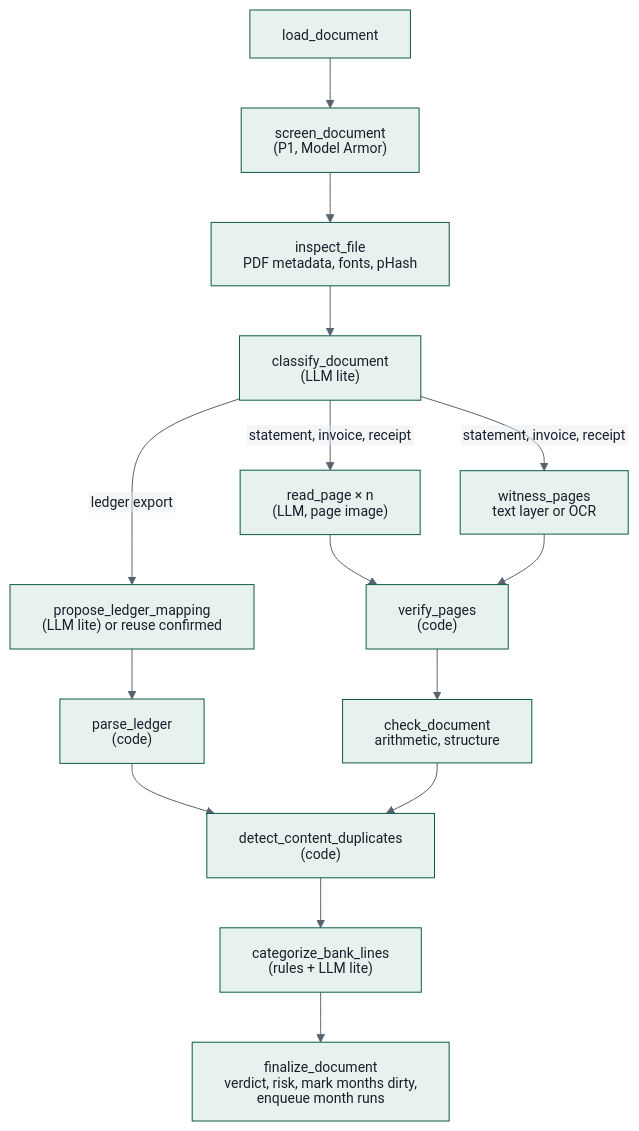
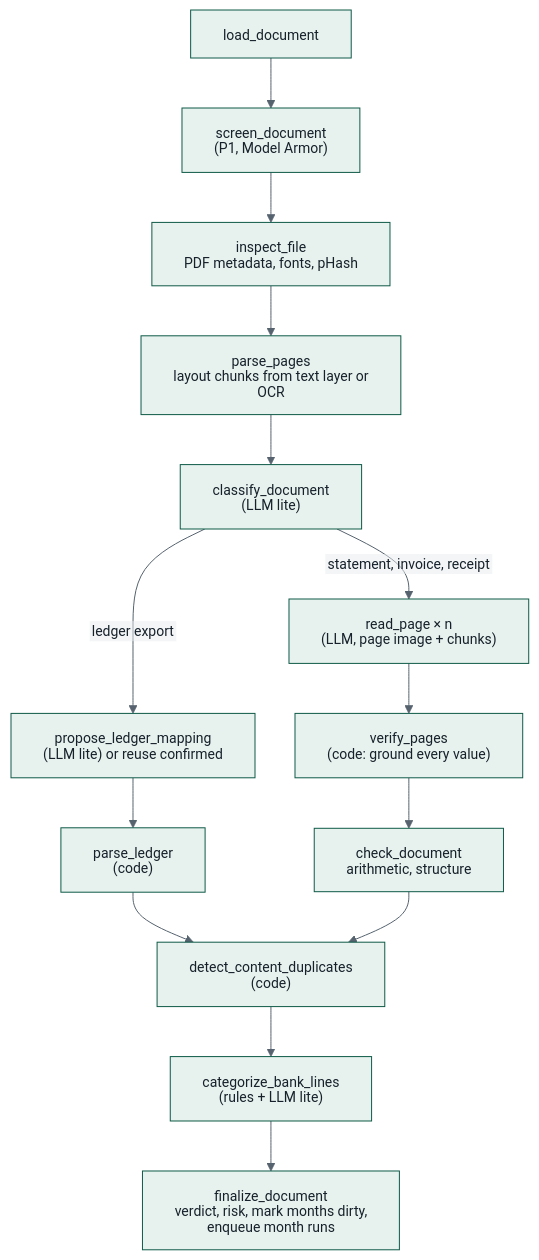
Before and after one commit to fadlytanjung/kredibel: the diagram in docs/06-agent-design.md, drawn with Mermaid. The commit also changed other lines of this file and 33 other files, not shown here.

First line of the commit message:
feat(005): read statements end to end: parse, classify, extract, ground, bank lines

````diff
--- a/docs/06-agent-design.md
+++ b/docs/06-agent-design.md
@@ -26,18 +26,17 @@
 ```mermaid
 %%{init: {"theme": "base", "themeVariables": {"fontFamily": "Arial, Helvetica, sans-serif", "fontSize": "14px", "primaryColor": "#E7F2EE", "primaryBorderColor": "#0E5A47", "primaryTextColor": "#16212B", "lineColor": "#56636F", "secondaryColor": "#E8ECEE", "tertiaryColor": "#FFFFFF", "clusterBkg": "#F2F4F5", "clusterBorder": "#B9C2CA", "noteBkgColor": "#FFF5D6", "noteTextColor": "#16212B"}, "htmlLabels": false, "flowchart": {"htmlLabels": false, "padding": 16, "nodeSpacing": 40, "rankSpacing": 50, "wrappingWidth": 220}, "sequence": {"wrap": true, "useMaxWidth": true, "noteFontFamily": "Arial, Helvetica, sans-serif", "messageFontFamily": "Arial, Helvetica, sans-serif", "actorFontFamily": "Arial, Helvetica, sans-serif"}}}%%
 flowchart TB
     S["load_document"] --> SC["screen_document<br/>(P1, Model Armor)"]
     SC --> IN["inspect_file<br/>PDF metadata, fonts, pHash"]
-    IN --> CL["classify_document<br/>(LLM lite)"]
+    IN --> PP["parse_pages<br/>layout chunks from text layer or OCR"]
+    PP --> CL["classify_document<br/>(LLM lite)"]
     CL -->|"ledger export"| LM["propose_ledger_mapping<br/>(LLM lite) or reuse confirmed"]
     LM --> LP["parse_ledger<br/>(code)"]
-    CL -->|"statement, invoice, receipt"| RP["read_page × n<br/>(LLM, page image)"]
-    CL -->|"statement, invoice, receipt"| WP["witness_pages<br/>text layer or OCR"]
-    RP --> VP["verify_pages<br/>(code)"]
-    WP --> VP
+    CL -->|"statement, invoice, receipt"| RP["read_page × n<br/>(LLM, page image + chunks)"]
+    RP --> VP["verify_pages<br/>(code: ground every value)"]
     VP --> CK["check_document<br/>arithmetic, structure"]
     LP --> DD["detect_content_duplicates<br/>(code)"]
     CK --> DD
     DD --> CT["categorize_bank_lines<br/>(rules + LLM lite)"]
     CT --> FN["finalize_document<br/>verdict, risk, mark months dirty,<br/>enqueue month runs"]
 ```
````
